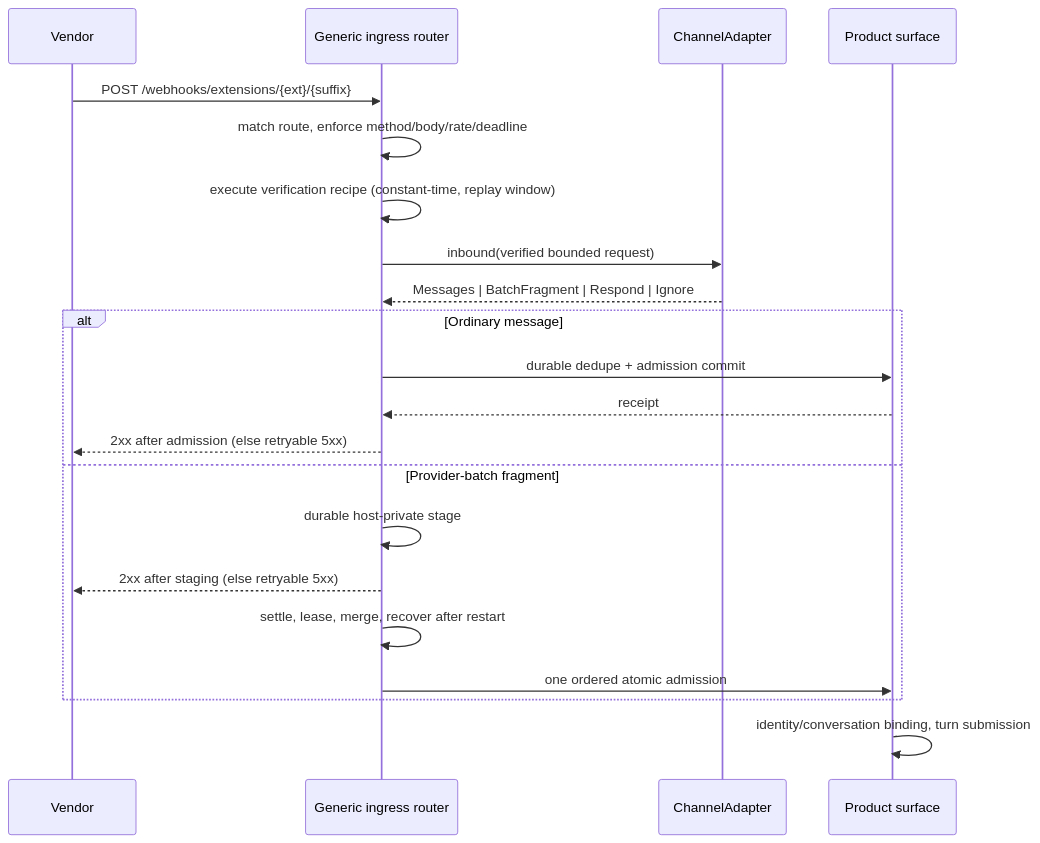
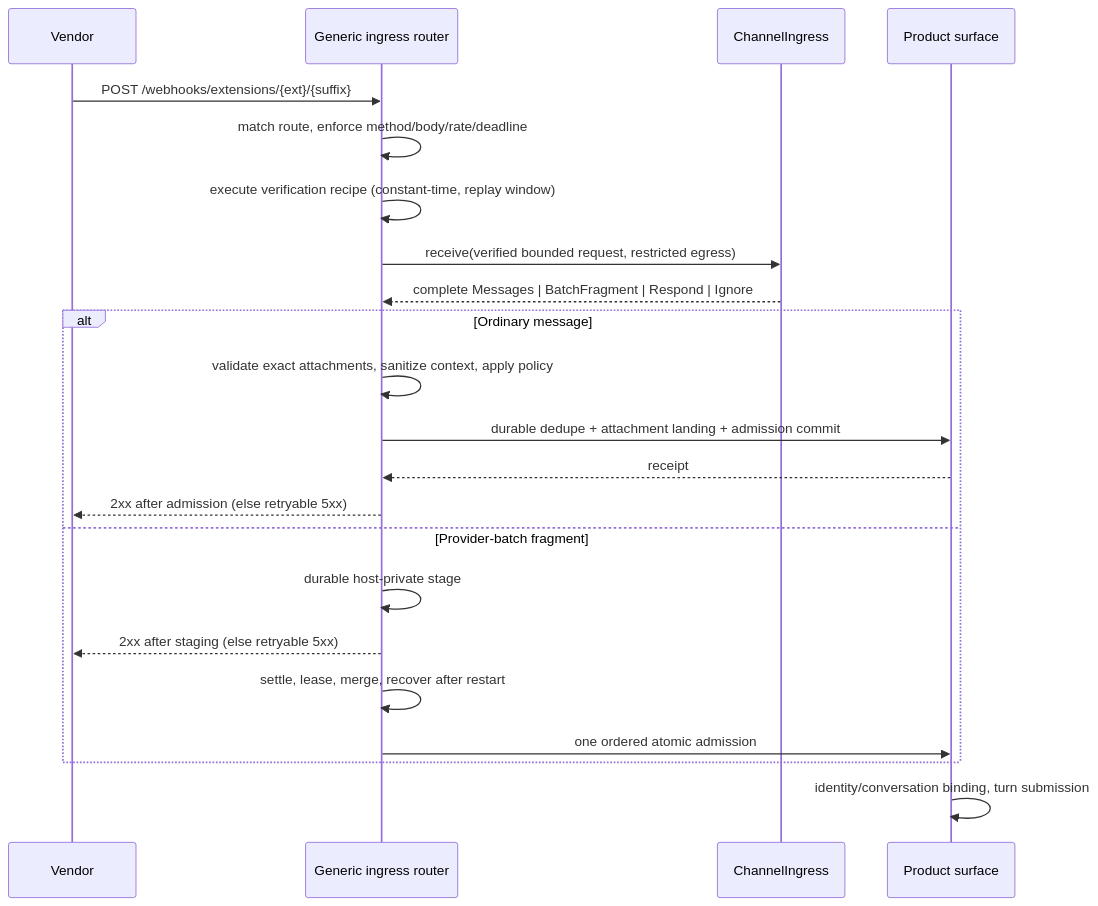
The diagram in docs/reborn/extension-runtime/overview.md (linhongyu510/ironclaw), drawn with Mermaid before and after one commit. The commit also changed other lines of this file and 26 other files, not shown here.

````diff
--- a/docs/reborn/extension-runtime/overview.md
+++ b/docs/reborn/extension-runtime/overview.md
@@ -683,24 +693,25 @@
 ```mermaid
 sequenceDiagram
     participant V as Vendor
     participant R as Generic ingress router
-    participant A as ChannelAdapter
+    participant A as ChannelIngress
     participant W as Product surface
 
     V->>R: POST /webhooks/extensions/{ext}/{suffix}
     R->>R: match route, enforce method/body/rate/deadline
     R->>R: execute verification recipe (constant-time, replay window)
-    R->>A: inbound(verified bounded request)
-    A-->>R: Messages | BatchFragment | Respond | Ignore
+    R->>A: receive(verified bounded request, restricted egress)
+    A-->>R: complete Messages | BatchFragment | Respond | Ignore
     alt Ordinary message
-        R->>W: durable dedupe + admission commit
+        R->>R: validate exact attachments, sanitize context, apply policy
+        R->>W: durable dedupe + attachment landing + admission commit
         W-->>R: receipt
         R-->>V: 2xx after admission (else retryable 5xx)
     else Provider-batch fragment
         R->>R: durable host-private stage
         R-->>V: 2xx after staging (else retryable 5xx)
         R->>R: settle, lease, merge, recover after restart
         R->>W: one ordered atomic admission
     end
     W->>W: identity/conversation binding, turn submission
 ```
````
